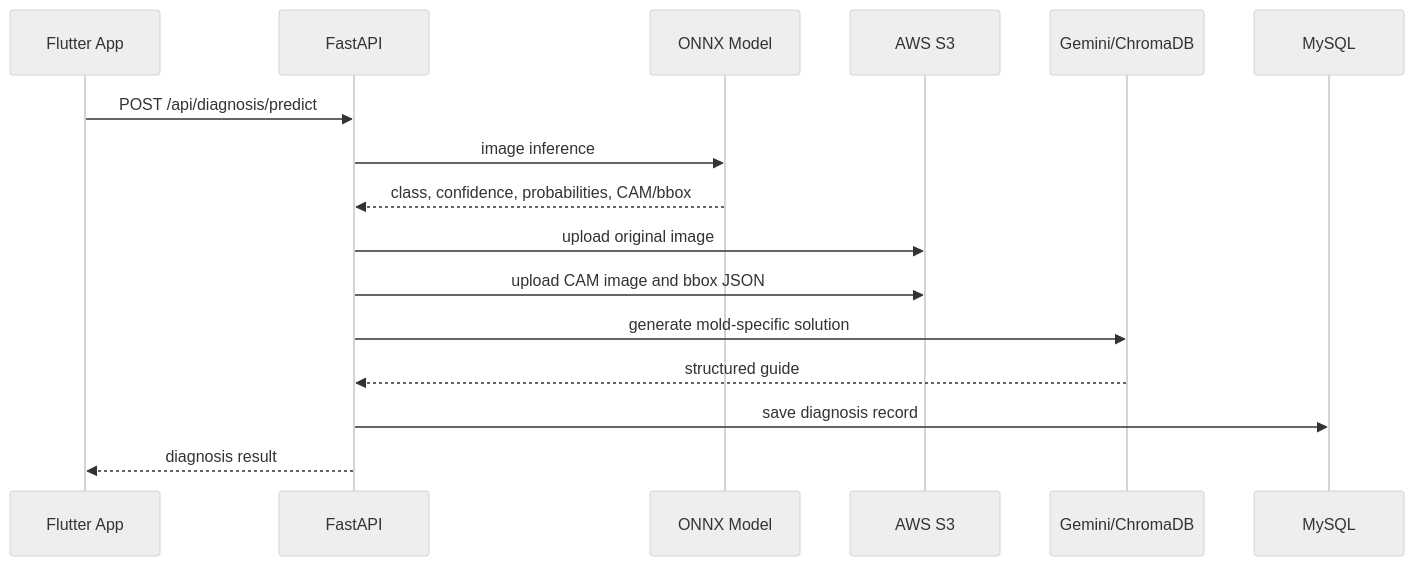
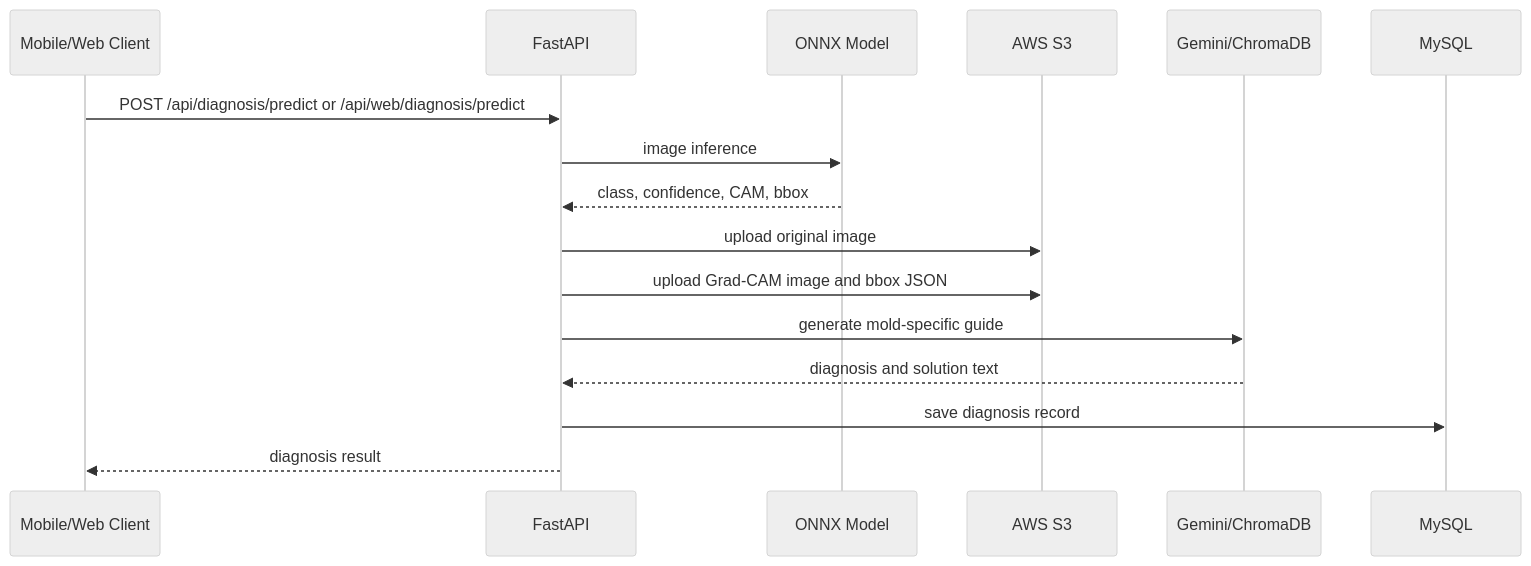
Before and after one commit to QUAIL-KOREAIT-KDT/BACK-END: the second of 2 diagrams in README.md, drawn with Mermaid (neutral theme). The commit also changed other lines of this file and 8 other files, not shown here.

````diff
--- a/README.md
+++ b/README.md
@@ -81,19 +71,19 @@
 ```mermaid
 sequenceDiagram
-  participant App as Flutter App
+  participant Client as Mobile/Web Client
   participant API as FastAPI
   participant Model as ONNX Model
   participant S3 as AWS S3
   participant RAG as Gemini/ChromaDB
   participant DB as MySQL
 
-  App->>API: POST /api/diagnosis/predict
+  Client->>API: POST /api/diagnosis/predict or /api/web/diagnosis/predict
   API->>Model: image inference
-  Model-->>API: class, confidence, probabilities, CAM/bbox
+  Model-->>API: class, confidence, CAM, bbox
   API->>S3: upload original image
-  API->>S3: upload CAM image and bbox JSON
-  API->>RAG: generate mold-specific solution
-  RAG-->>API: structured guide
+  API->>S3: upload Grad-CAM image and bbox JSON
+  API->>RAG: generate mold-specific guide
+  RAG-->>API: diagnosis and solution text
   API->>DB: save diagnosis record
-  API-->>App: diagnosis result
+  API-->>Client: diagnosis result
 ```
````
